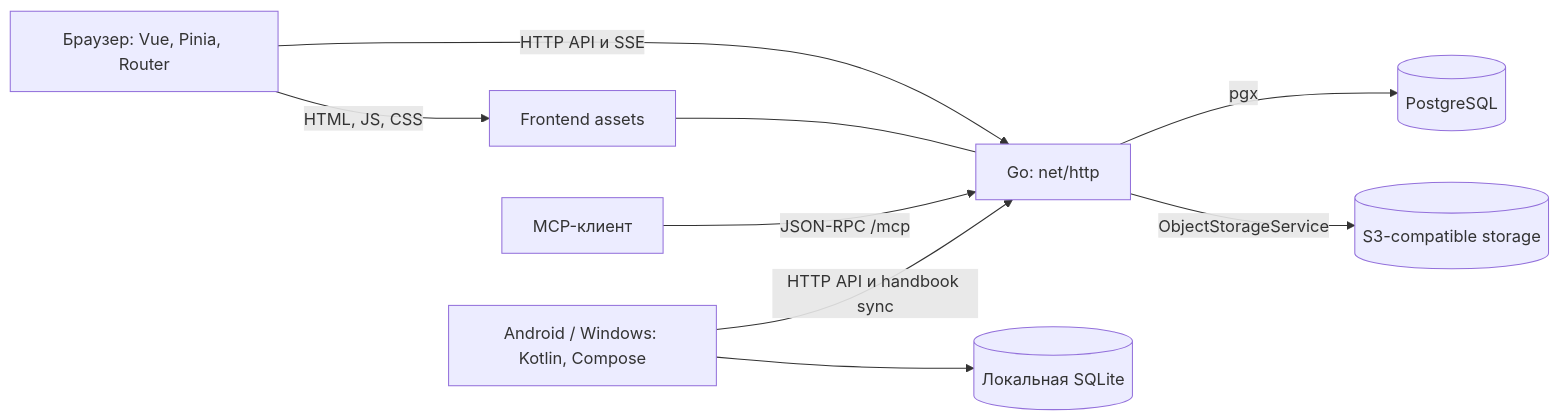
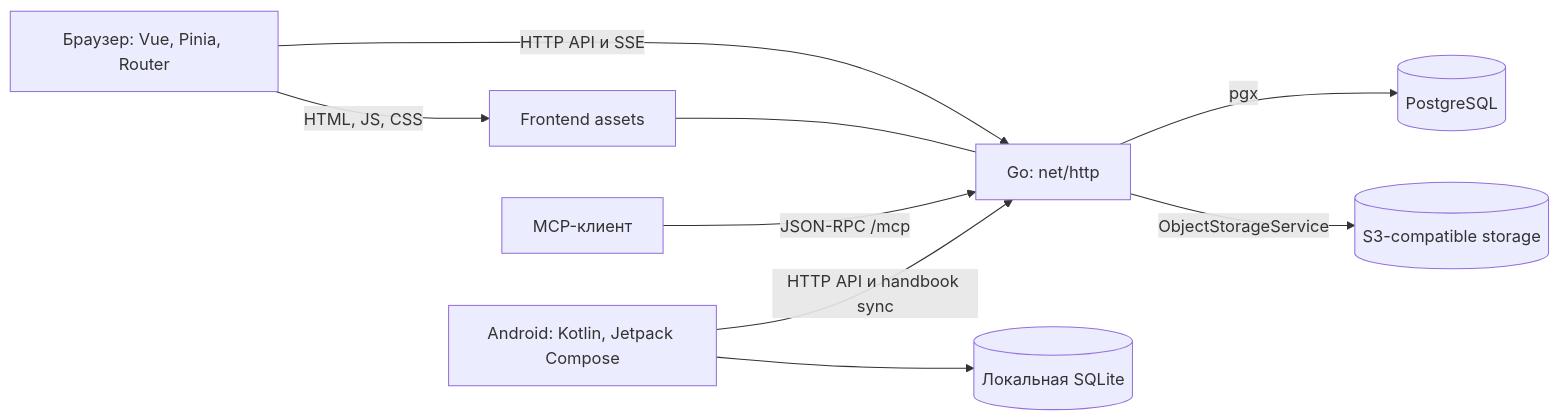
One commit to SylvieShare/dndShare changed the diagram in md/architecture.md. Above: the diagram before and after it, drawn with Mermaid. The commit also changed other lines of this file and 61 other files, not shown here.

````diff
--- a/md/architecture.md
+++ b/md/architecture.md
@@ -17,11 +16,11 @@
 ```mermaid
 flowchart LR
     Browser[Браузер: Vue, Pinia, Router] -->|HTTP API и SSE| Go[Go: net/http]
     Browser -->|HTML, JS, CSS| Assets[Frontend assets]
     Assets --- Go
     Client[MCP-клиент] -->|JSON-RPC /mcp| Go
-    Native[Android / Windows: Kotlin, Compose] -->|HTTP API и handbook sync| Go
+    Native[Android: Kotlin, Jetpack Compose] -->|HTTP API и handbook sync| Go
     Native --> LocalDB[(Локальная SQLite)]
     Go -->|pgx| DB[(PostgreSQL)]
     Go -->|ObjectStorageService| S3[(S3-compatible storage)]
 ```
````
